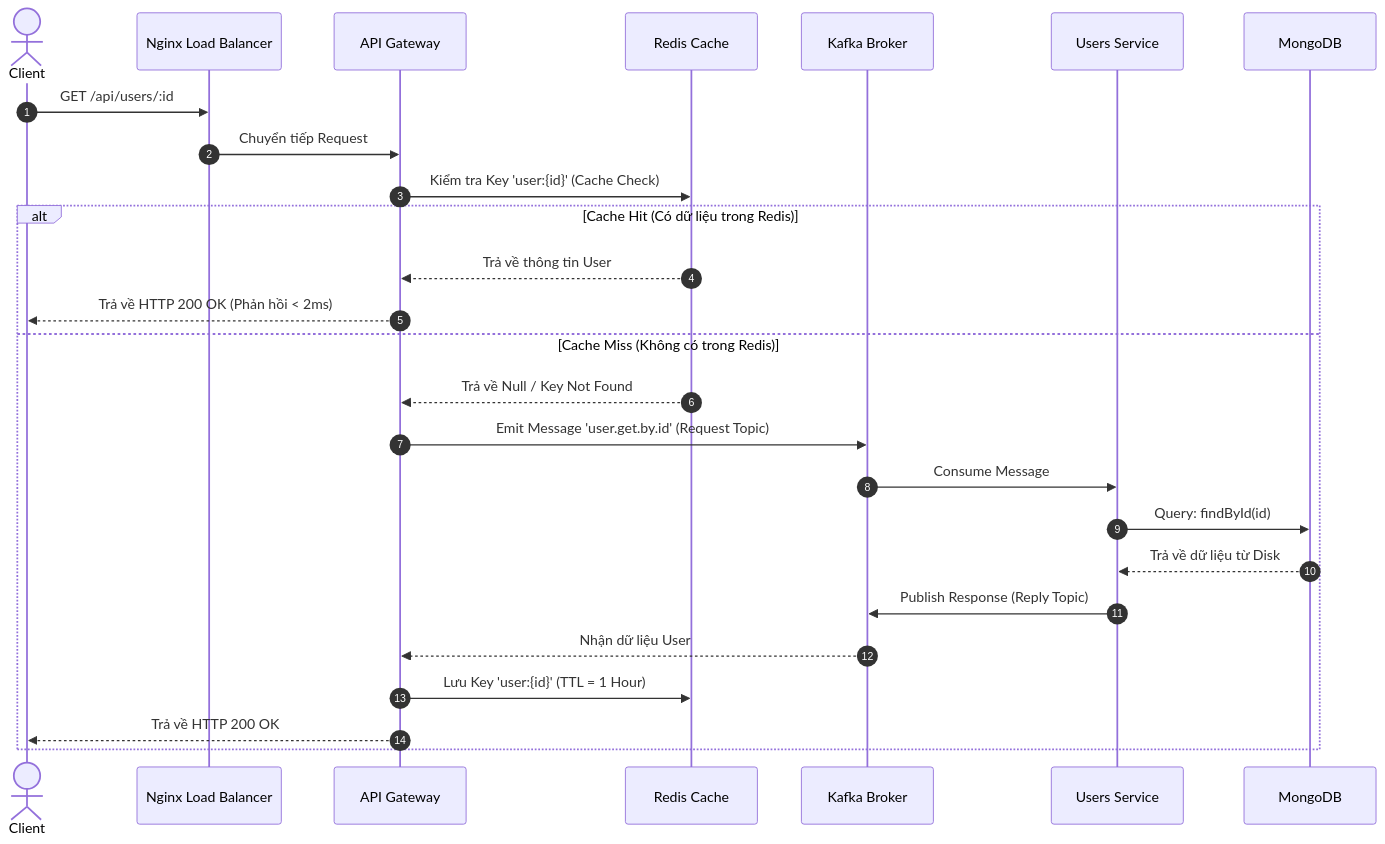
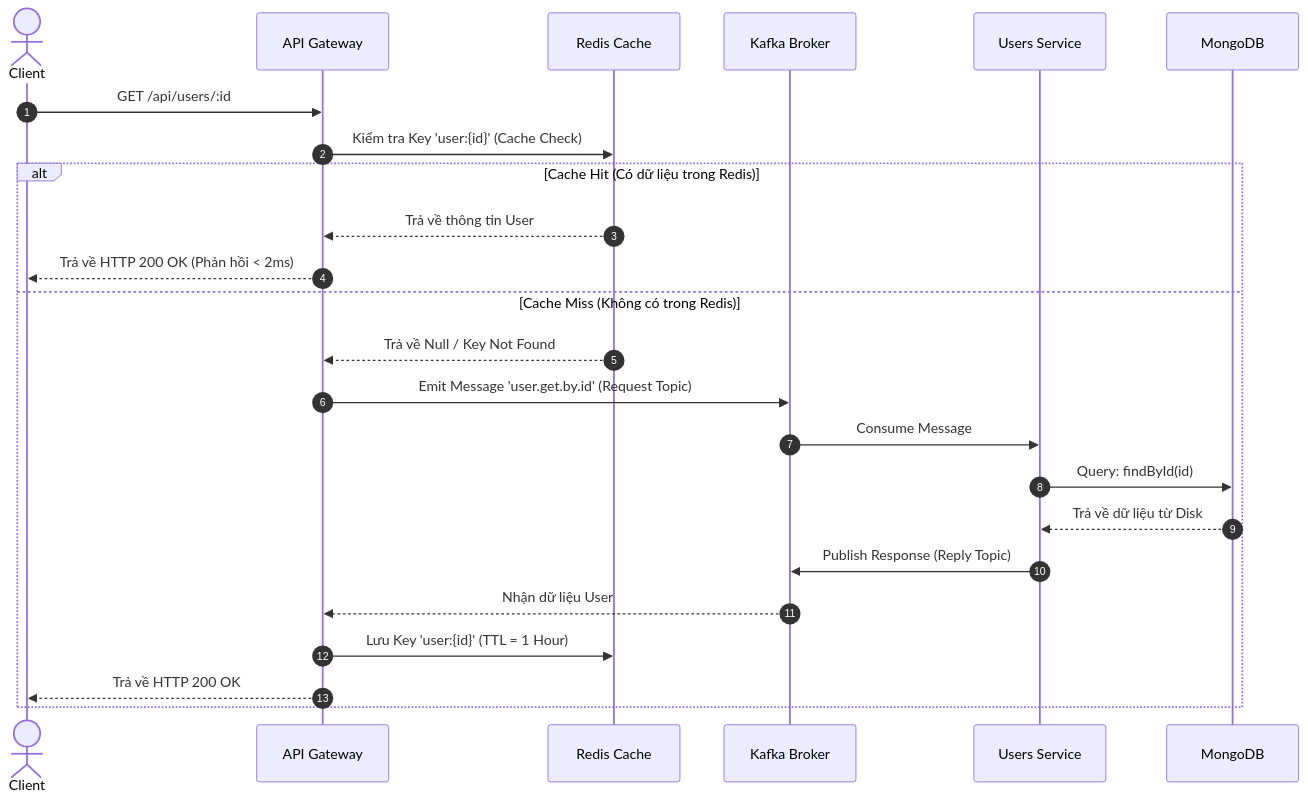
Before and after one commit to SUMMER2026SE/wdp301-rbl-project-wdp_se18d08_group-7: the second of 4 diagrams in docs/architecture_document.md, drawn with Mermaid. The commit also changed other lines of this file and 50 other files, not shown here.

````diff
--- a/docs/architecture_document.md
+++ b/docs/architecture_document.md
@@ -53,30 +47,28 @@
 ```mermaid
 sequenceDiagram
     autonumber
     actor Client
-    participant LB as Nginx Load Balancer
     participant GW as API Gateway
     participant Redis as Redis Cache
     participant Kafka as Kafka Broker
     participant US as Users Service
     participant DB as MongoDB
 
-    Client->>LB: GET /api/users/:id
-    LB->>GW: Chuyển tiếp Request
+    Client->>GW: GET /api/users/:id
     GW->>Redis: Kiểm tra Key 'user:{id}' (Cache Check)
     
     alt Cache Hit (Có dữ liệu trong Redis)
         Redis-->>GW: Trả về thông tin User
         GW-->>Client: Trả về HTTP 200 OK (Phản hồi < 2ms)
     else Cache Miss (Không có trong Redis)
         Redis-->>GW: Trả về Null / Key Not Found
         GW->>Kafka: Emit Message 'user.get.by.id' (Request Topic)
         Kafka->>US: Consume Message
         US->>DB: Query: findById(id)
         DB-->>US: Trả về dữ liệu từ Disk
         US->>Kafka: Publish Response (Reply Topic)
         Kafka-->>GW: Nhận dữ liệu User
         GW->>Redis: Lưu Key 'user:{id}' (TTL = 1 Hour)
         GW-->>Client: Trả về HTTP 200 OK
     end
 ```
````
